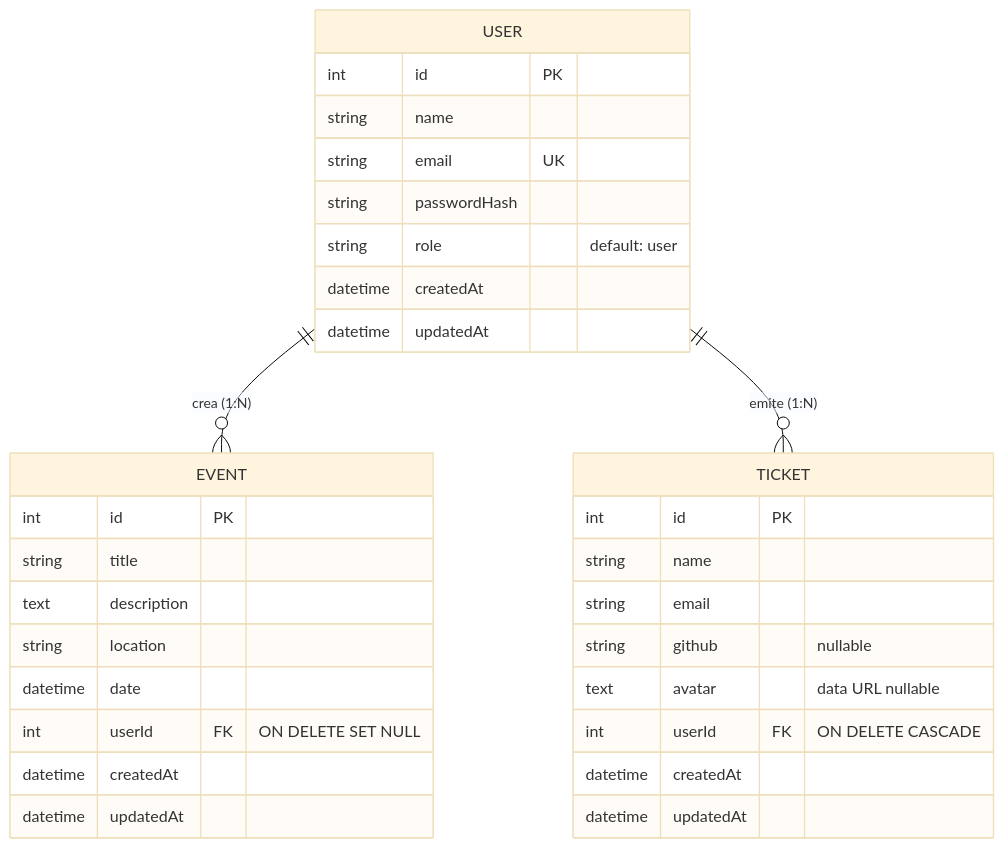
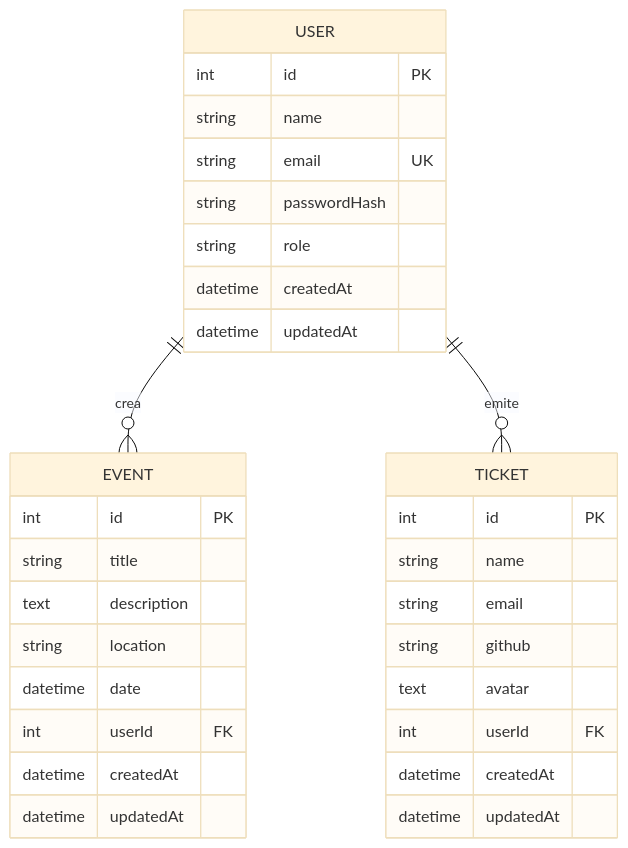
The third of 4 diagrams in README.md (JesusGG2109/ticket-generator), drawn with Mermaid (base theme) before and after one commit. The commit also changed other lines of this file, not shown here.

````diff
--- a/README.md
+++ b/README.md
@@ -590,37 +511,37 @@
 ```mermaid
 erDiagram
-    USER ||--o{ EVENT : "crea (1:N)"
-    USER ||--o{ TICKET : "emite (1:N)"
+    USER ||--o{ EVENT : crea
+    USER ||--o{ TICKET : emite
 
     USER {
         int id PK
         string name
         string email UK
         string passwordHash
-        string role "default: user"
+        string role
         datetime createdAt
         datetime updatedAt
     }
 
     EVENT {
         int id PK
         string title
         text description
         string location
         datetime date
-        int userId FK "ON DELETE SET NULL"
+        int userId FK
         datetime createdAt
         datetime updatedAt
     }
 
     TICKET {
         int id PK
         string name
         string email
-        string github "nullable"
-        text avatar "data URL nullable"
-        int userId FK "ON DELETE CASCADE"
+        string github
+        text avatar
+        int userId FK
         datetime createdAt
         datetime updatedAt
     }
 ```
````
